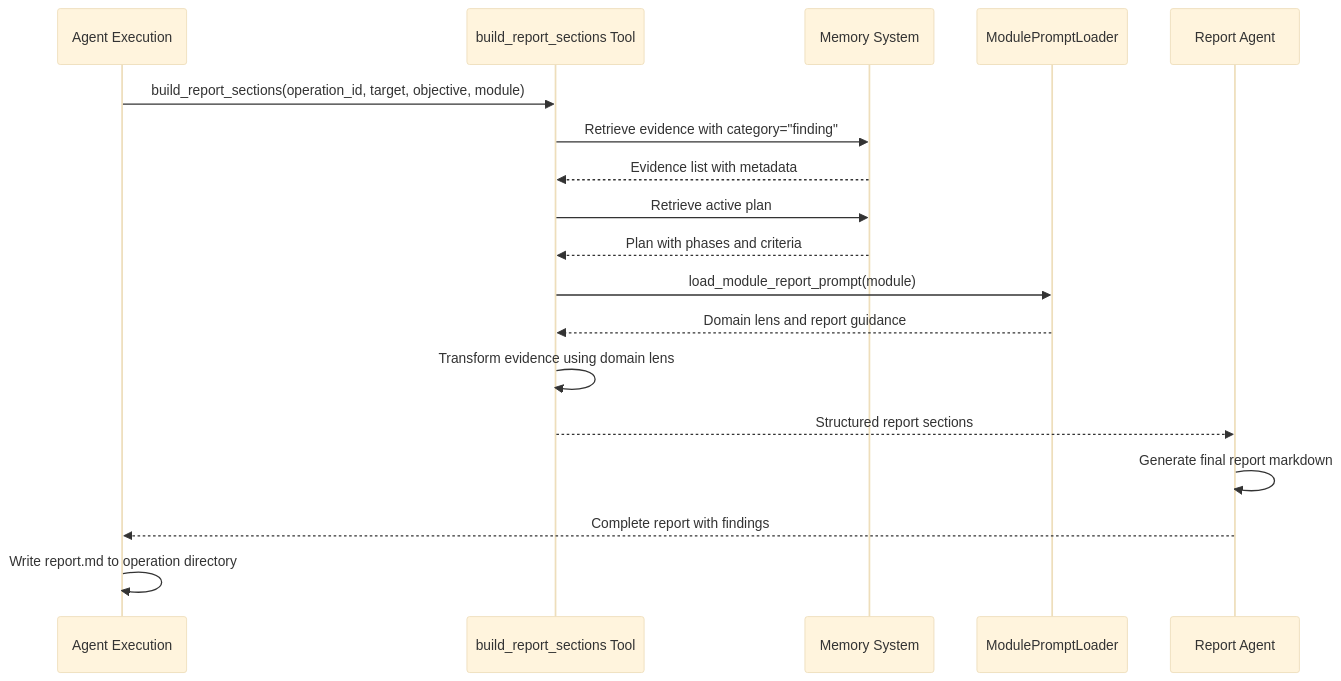
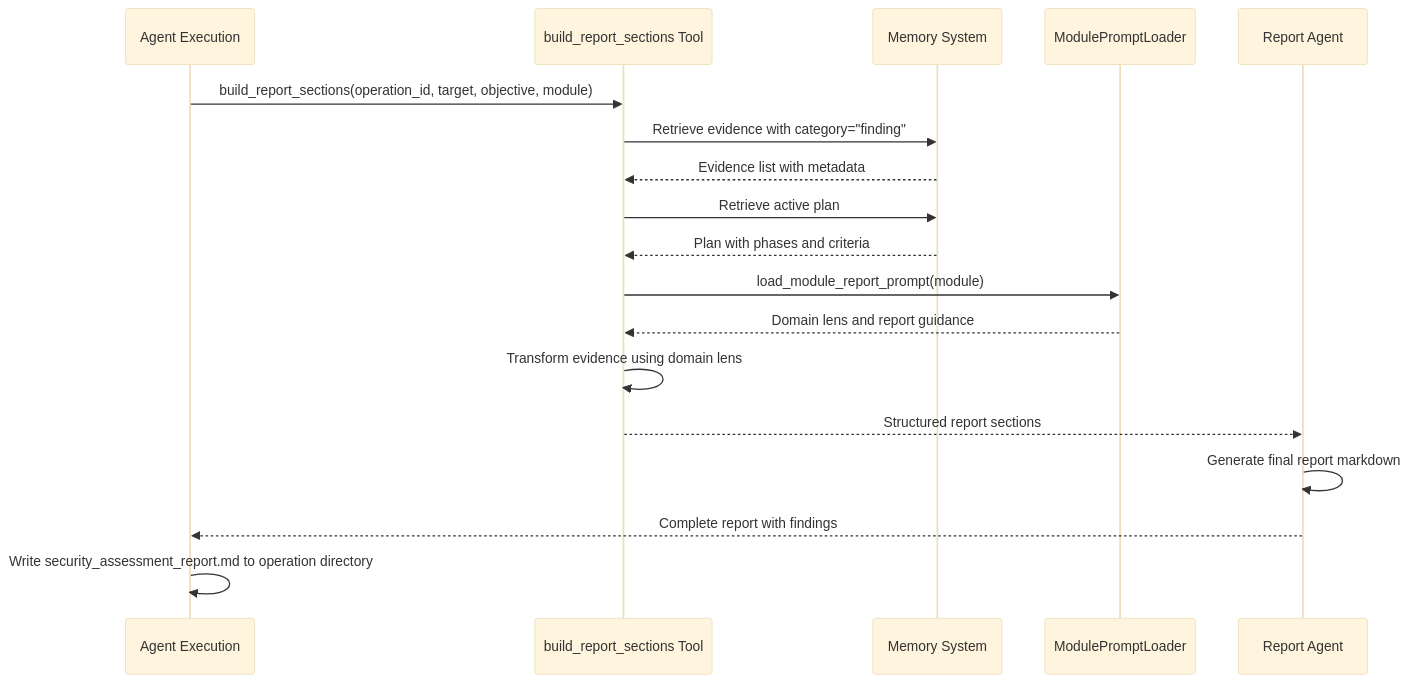
Before and after one commit to double16/Cyber-AutoAgent: the fifth of 5 diagrams in docs/prompt_management.md, drawn with Mermaid (base theme). The commit also changed other lines of this file and 11 other files, not shown here.

````diff
--- a/docs/prompt_management.md
+++ b/docs/prompt_management.md
@@ -280,21 +280,21 @@
 ```mermaid
 sequenceDiagram
     participant E as Agent Execution
     participant T as build_report_sections Tool
     participant M as Memory System
     participant L as ModulePromptLoader
     participant A as Report Agent
 
     E->>T: build_report_sections(operation_id, target, objective, module)
     T->>M: Retrieve evidence with category="finding"
     M-->>T: Evidence list with metadata
     T->>M: Retrieve active plan
     M-->>T: Plan with phases and criteria
     T->>L: load_module_report_prompt(module)
     L-->>T: Domain lens and report guidance
     T->>T: Transform evidence using domain lens
     T-->>A: Structured report sections
     A->>A: Generate final report markdown
     A-->>E: Complete report with findings
-    E->>E: Write report.md to operation directory
+    E->>E: Write security_assessment_report.md to operation directory
 ```
````
